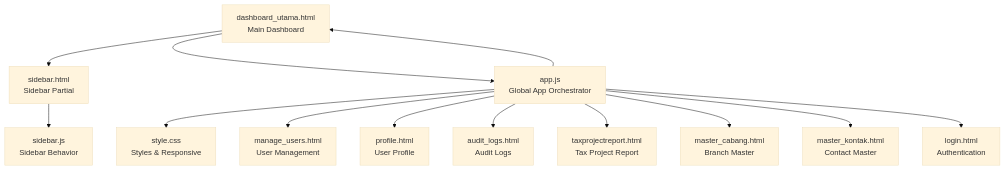
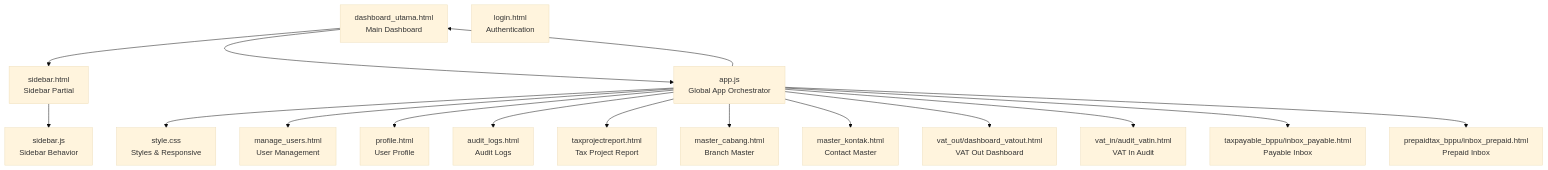
The first of 7 diagrams in .qoder/repowiki/en/content/User Interface & Experience/Dashboard & Navigation.md (rendisiagian/TDS_by_RENDISIAGIAN), drawn with Mermaid (base theme) before and after one commit. The commit also changed other lines of this file and 91 other files, not shown here.

````diff
--- a/.qoder/repowiki/en/content/User Interface & Experience/Dashboard & Navigation.md
+++ b/.qoder/repowiki/en/content/User Interface & Experience/Dashboard & Navigation.md
@@ -47,27 +63,34 @@
 ```mermaid
 graph TB
 D["dashboard_utama.html<br/>Main Dashboard"]
 S["sidebar.html<br/>Sidebar Partial"]
 JS["sidebar.js<br/>Sidebar Behavior"]
 APP["app.js<br/>Global App Orchestrator"]
 CSS["style.css<br/>Styles & Responsive"]
 L["login.html<br/>Authentication"]
 MU["manage_users.html<br/>User Management"]
 P["profile.html<br/>User Profile"]
 AL["audit_logs.html<br/>Audit Logs"]
 TP["taxprojectreport.html<br/>Tax Project Report"]
 MC["master_cabang.html<br/>Branch Master"]
 MK["master_kontak.html<br/>Contact Master"]
+VO["vat_out/dashboard_vatout.html<br/>VAT Out Dashboard"]
+VI["vat_in/audit_vatin.html<br/>VAT In Audit"]
+VP["taxpayable_bppu/inbox_payable.html<br/>Payable Inbox"]
+VPRE["prepaidtax_bppu/inbox_prepaid.html<br/>Prepaid Inbox"]
 D --> S
 D --> APP
 S --> JS
 APP --> CSS
 APP --> D
 APP --> MU
 APP --> P
 APP --> AL
 APP --> TP
 APP --> MC
 APP --> MK
-APP --> L
+APP --> VO
+APP --> VI
+APP --> VP
+APP --> VPRE
 ```
````
